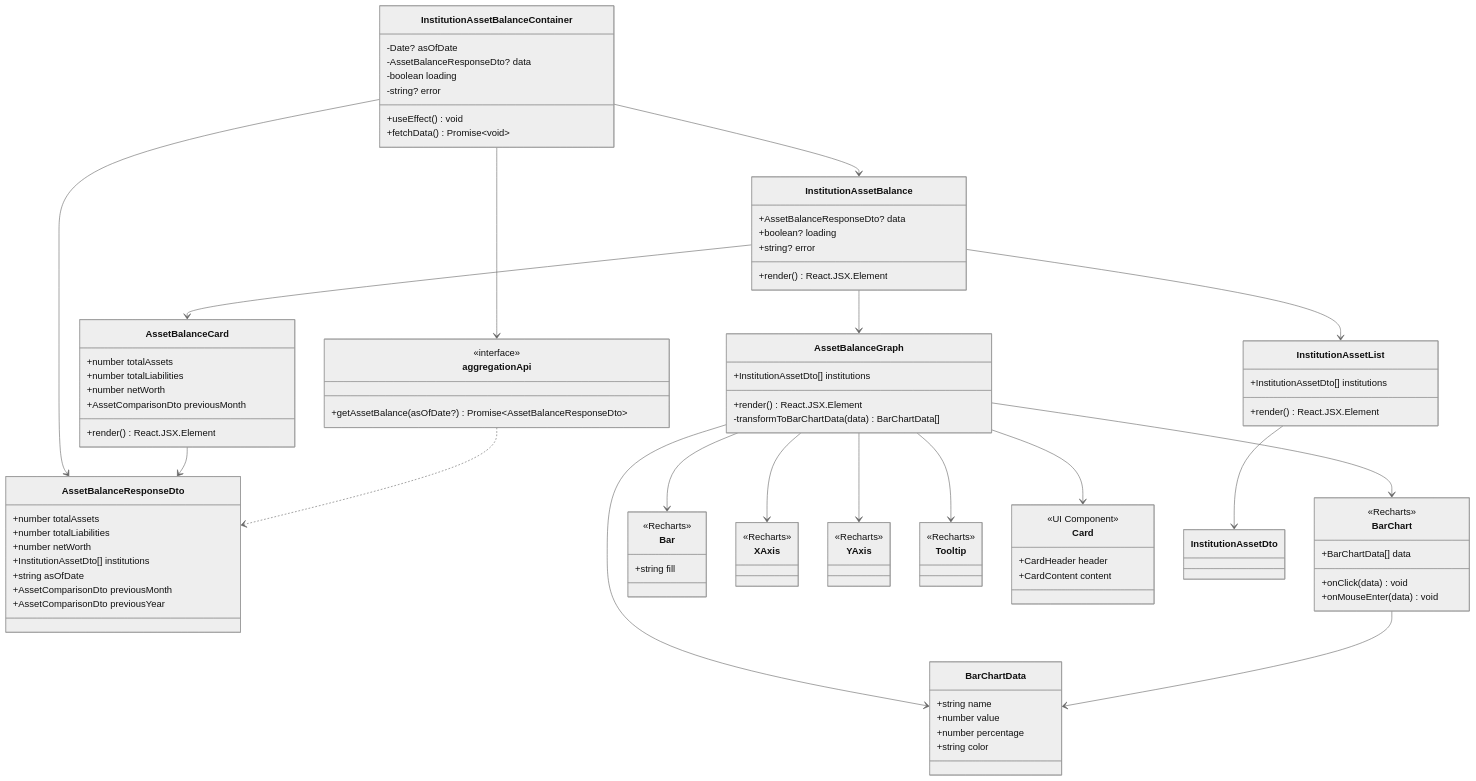
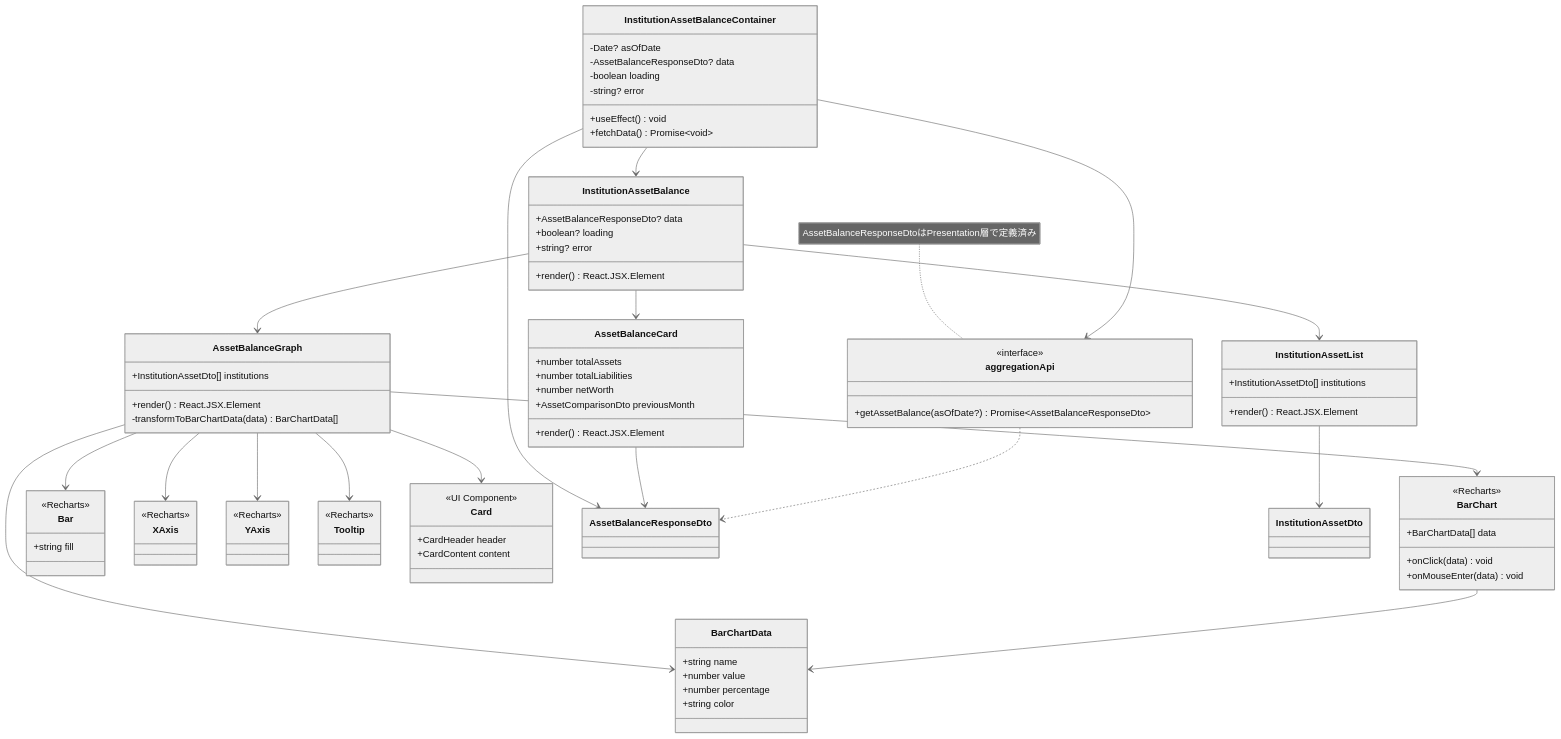
The fifth of 5 diagrams in docs/detailed-design/FR-026_institution-asset-balance/class-diagrams.md (kencom2400/account-book), drawn with Mermaid (neutral theme) before and after one commit. The commit also changed other lines of this file and 3 other files, not shown here.

```diff
--- a/docs/detailed-design/FR-026_institution-asset-balance/class-diagrams.md
+++ b/docs/detailed-design/FR-026_institution-asset-balance/class-diagrams.md
@@ -336,16 +336,7 @@
         <<interface>>
         +getAssetBalance(asOfDate?) Promise~AssetBalanceResponseDto~
     }
-
-    class AssetBalanceResponseDto {
-        +number totalAssets
-        +number totalLiabilities
-        +number netWorth
-        +InstitutionAssetDto[] institutions
-        +string asOfDate
-        +AssetComparisonDto previousMonth
-        +AssetComparisonDto previousYear
-    }
+    note for aggregationApi "AssetBalanceResponseDtoはPresentation層で定義済み"
 
     class BarChart {
         <<Recharts>>
```
